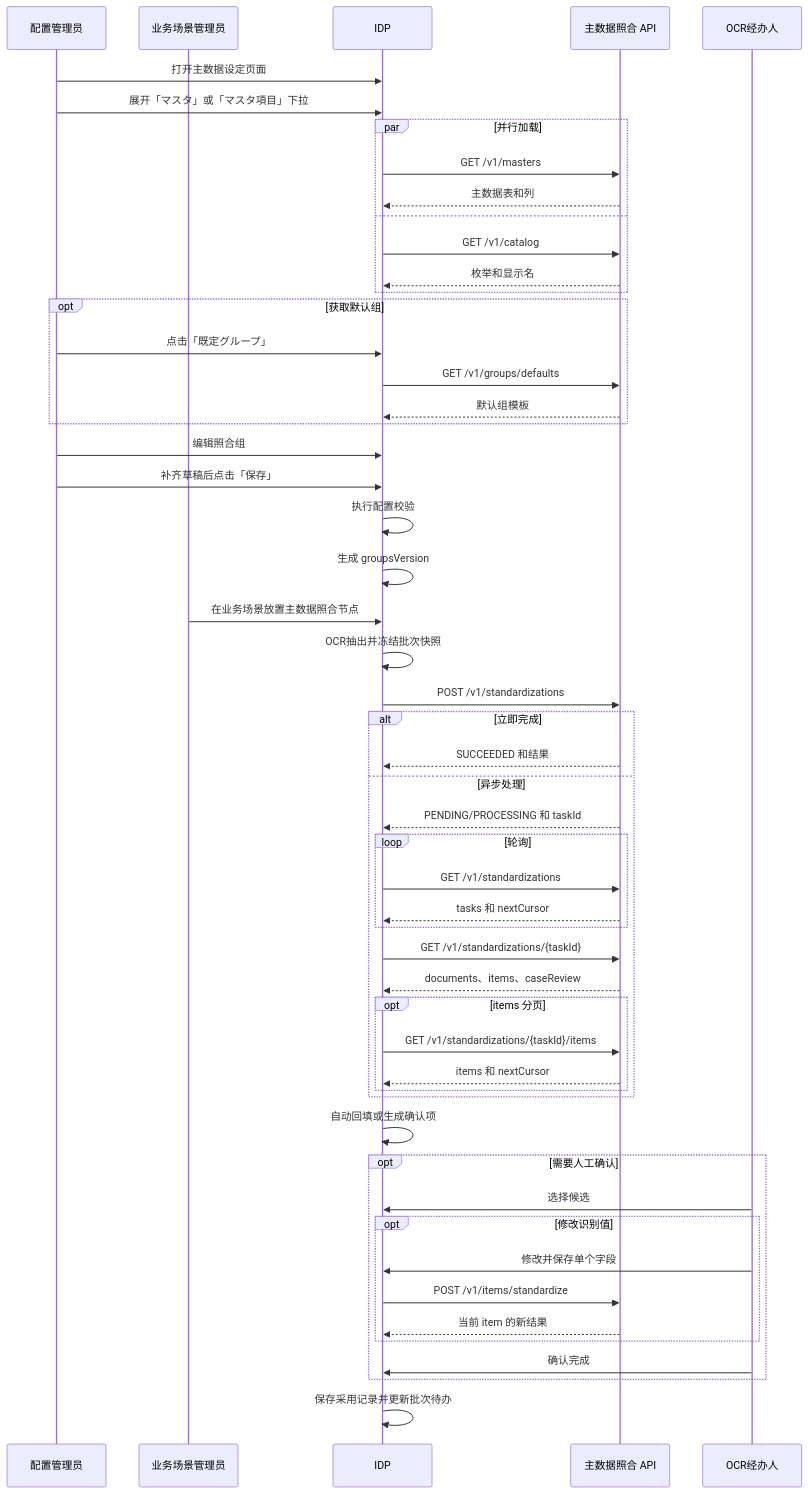
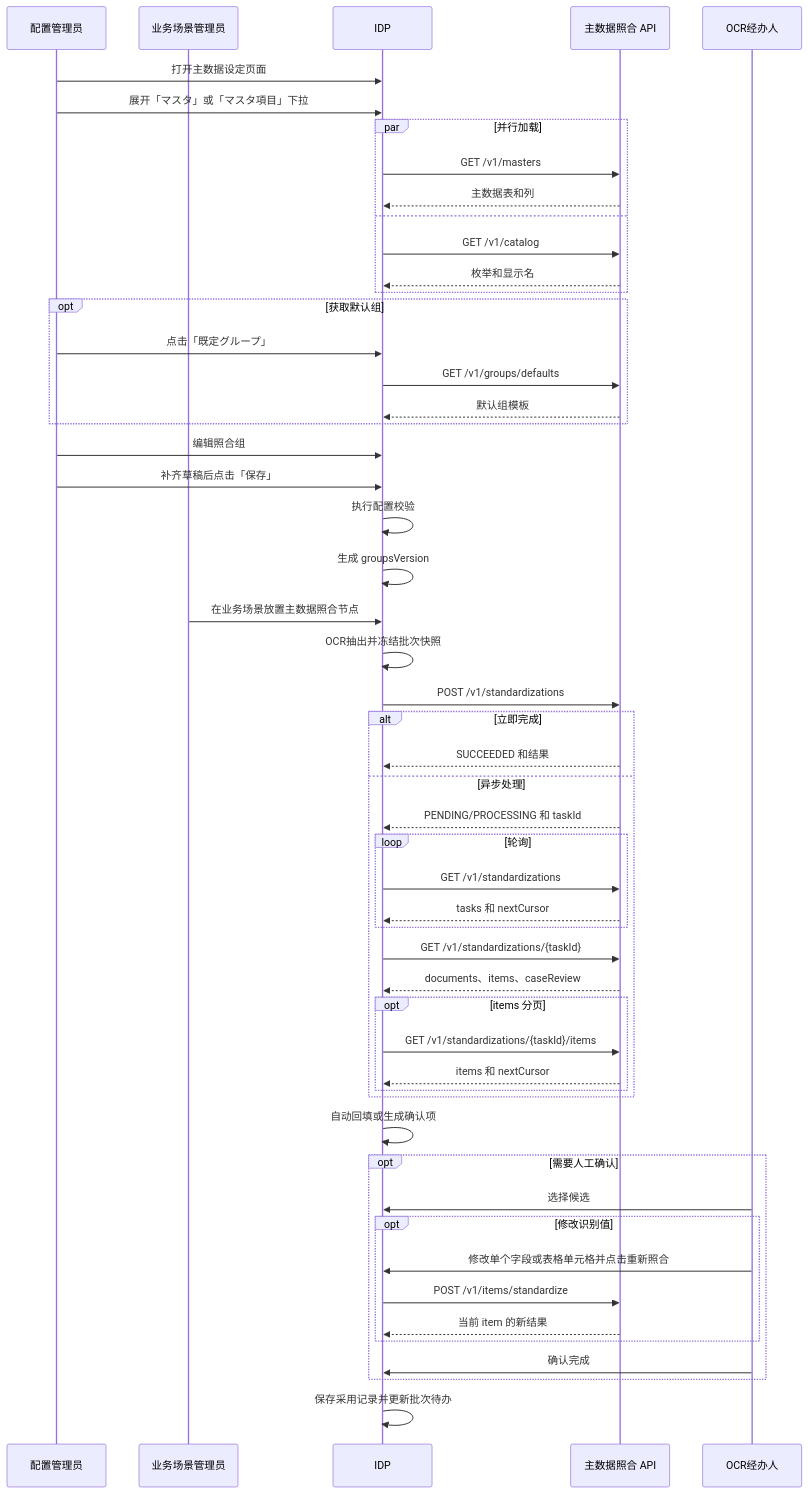
One commit to aruirage/IDP-Ph4-Master-Demo-PRD changed the ninth of 9 diagrams in PRD.zh-CN.md. Above: the diagram before and after it, drawn with Mermaid. The commit also changed other lines of this file and 11 other files, not shown here.

````diff
--- a/PRD.zh-CN.md
+++ b/PRD.zh-CN.md
@@ -1522,57 +1527,57 @@
 ```mermaid
 sequenceDiagram
     participant Admin as 配置管理员
     participant Scene as 业务场景管理员
     participant IDP as IDP
     participant API as 主数据照合 API
     participant User as OCR经办人
 
     Admin->>IDP: 打开主数据设定页面
     Admin->>IDP: 展开「マスタ」或「マスタ項目」下拉
     par 并行加载
         IDP->>API: GET /v1/masters
         API-->>IDP: 主数据表和列
     and
         IDP->>API: GET /v1/catalog
         API-->>IDP: 枚举和显示名
     end
     opt 获取默认组
         Admin->>IDP: 点击「既定グループ」
         IDP->>API: GET /v1/groups/defaults
         API-->>IDP: 默认组模板
     end
     Admin->>IDP: 编辑照合组
     Admin->>IDP: 补齐草稿后点击「保存」
     IDP->>IDP: 执行配置校验
     IDP->>IDP: 生成 groupsVersion
 
     Scene->>IDP: 在业务场景放置主数据照合节点
     IDP->>IDP: OCR抽出并冻结批次快照
     IDP->>API: POST /v1/standardizations
     alt 立即完成
         API-->>IDP: SUCCEEDED 和结果
     else 异步处理
         API-->>IDP: PENDING/PROCESSING 和 taskId
         loop 轮询
             IDP->>API: GET /v1/standardizations
             API-->>IDP: tasks 和 nextCursor
         end
         IDP->>API: GET /v1/standardizations/{taskId}
         API-->>IDP: documents、items、caseReview
         opt items 分页
             IDP->>API: GET /v1/standardizations/{taskId}/items
             API-->>IDP: items 和 nextCursor
         end
     end
     IDP->>IDP: 自动回填或生成确认项
     opt 需要人工确认
         User->>IDP: 选择候选
         opt 修改识别值
-            User->>IDP: 修改并保存单个字段
+            User->>IDP: 修改单个字段或表格单元格并点击重新照合
             IDP->>API: POST /v1/items/standardize
             API-->>IDP: 当前 item 的新结果
         end
         User->>IDP: 确认完成
     end
     IDP->>IDP: 保存采用记录并更新批次待办
 ```
````
